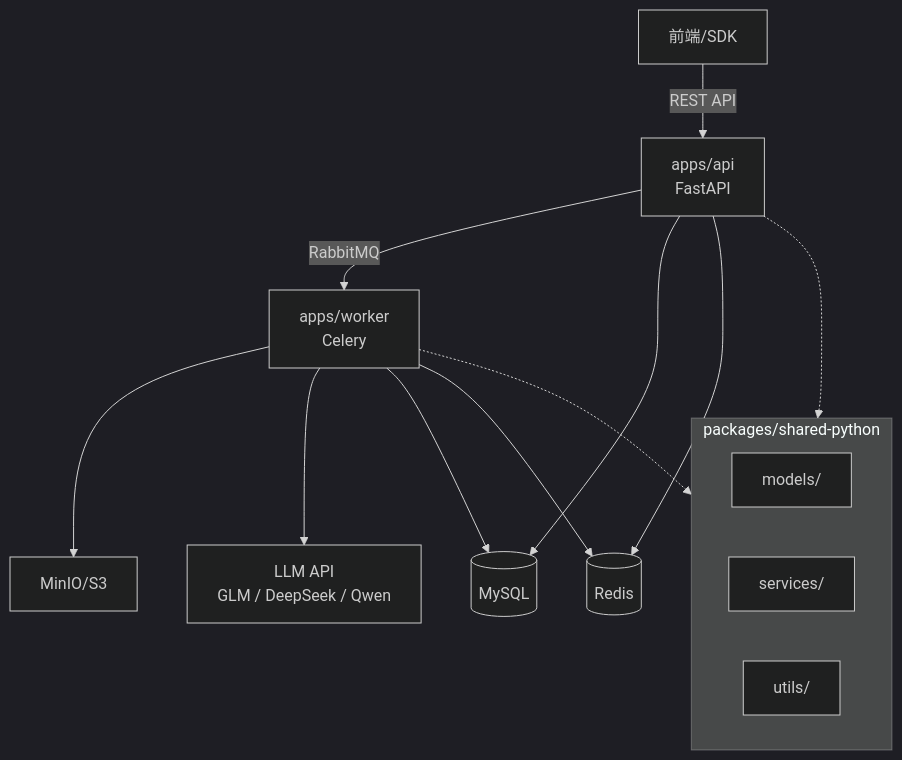
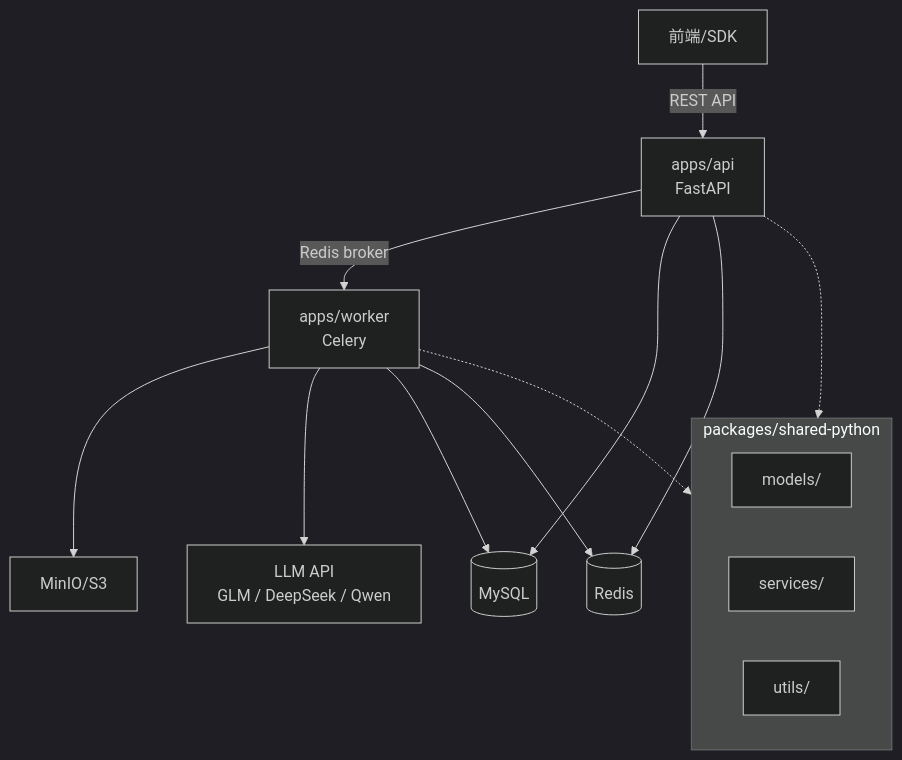
Before and after one commit to getsyntegrity/knowhere: the first of 2 diagrams in TASKS.md, drawn with Mermaid (dark theme). The commit also changed other lines of this file and 48 other files, not shown here.

````diff
--- a/TASKS.md
+++ b/TASKS.md
@@ -60,21 +60,21 @@
 ```mermaid
 graph TD
     Client[前端/SDK] -->|REST API| API[apps/api<br/>FastAPI]
-    API -->|RabbitMQ| Worker[apps/worker<br/>Celery]
+    API -->|Redis broker| Worker[apps/worker<br/>Celery]
     API --> DB[(MySQL)]
     API --> Redis[(Redis)]
     Worker --> S3[MinIO/S3]
     Worker --> AI[LLM API
     GLM / DeepSeek / Qwen]
     Worker --> DB
     Worker --> Redis
 
     subgraph shared [packages/shared-python]
         Models[models/]
         Services[services/]
         Utils[utils/]
     end
 
     API -.-> shared
     Worker -.-> shared
 ```
````
